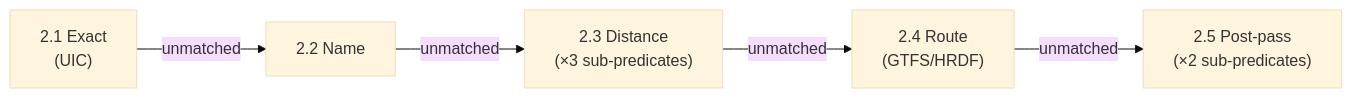
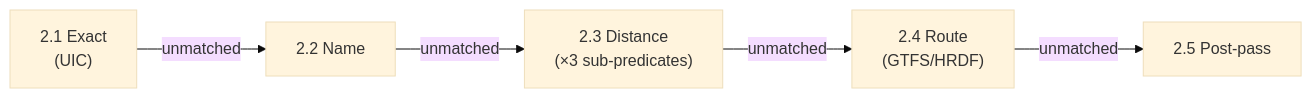
Before and after one commit to openTdataCH/stop_sync_osm_atlas: the second of 5 diagrams in documentation/2. Matching process.md, drawn with Mermaid (base theme). The commit also changed other lines of this file and 66 other files, not shown here.

````diff
--- a/documentation/2. Matching process.md
+++ b/documentation/2. Matching process.md
@@ -88,9 +90,9 @@
 ```mermaid
 flowchart LR
     E["2.1 Exact<br/>(UIC)"]
     N["2.2 Name"]
     D["2.3 Distance<br/>(×3 sub-predicates)"]
     R["2.4 Route<br/>(GTFS/HRDF)"]
-    P["2.5 Post-pass<br/>(×2 sub-predicates)"]
+    P["2.5 Post-pass"]
     E -->|unmatched| N -->|unmatched| D -->|unmatched| R -->|unmatched| P
 ```
````
